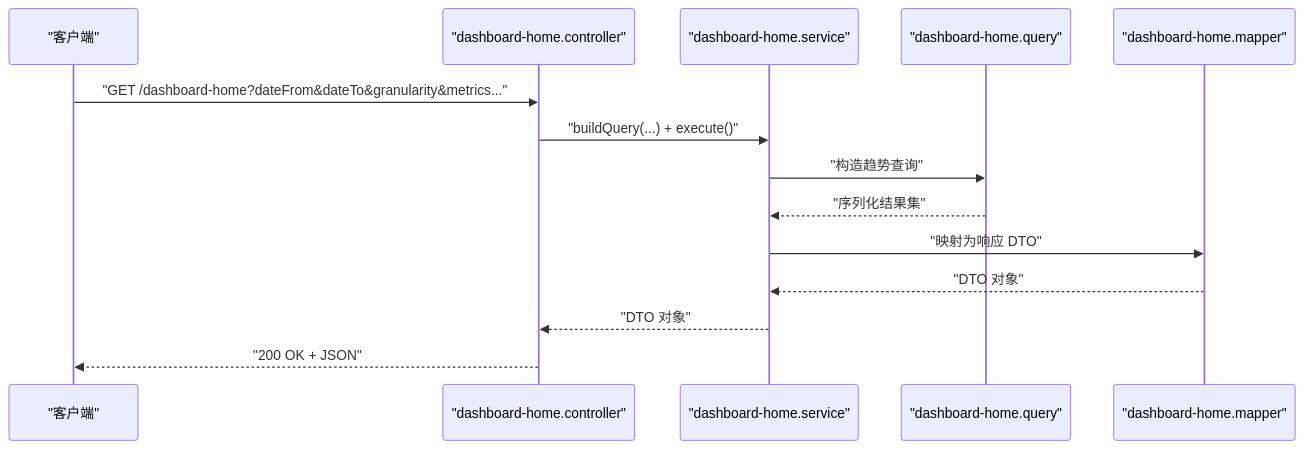
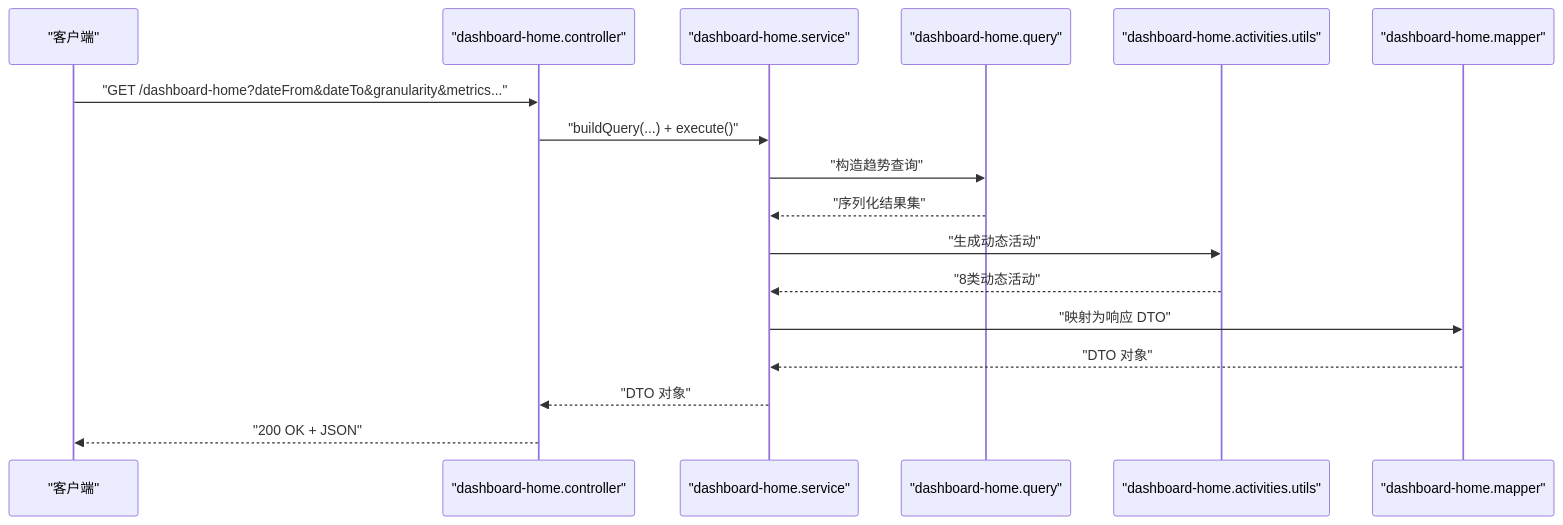
Before and after one commit to rc558620/purelyprofit-server: the fourth of 7 diagrams in .qoder/repowiki/zh/content/API 接口文档/仪表板分析接口.md, drawn with Mermaid. The commit also changed other lines of this file and 65 other files, not shown here.

````diff
--- a/.qoder/repowiki/zh/content/API 接口文档/仪表板分析接口.md
+++ b/.qoder/repowiki/zh/content/API 接口文档/仪表板分析接口.md
@@ -199,16 +220,19 @@
 ```mermaid
 sequenceDiagram
 participant Client as "客户端"
 participant Ctrl as "dashboard-home.controller"
 participant Svc as "dashboard-home.service"
 participant Q as "dashboard-home.query"
+participant Utils as "dashboard-home.activities.utils"
 participant Mapper as "dashboard-home.mapper"
 Client->>Ctrl : "GET /dashboard-home?dateFrom&dateTo&granularity&metrics..."
 Ctrl->>Svc : "buildQuery(...) + execute()"
 Svc->>Q : "构造趋势查询"
 Q-->>Svc : "序列化结果集"
+Svc->>Utils : "生成动态活动"
+Utils-->>Svc : "8类动态活动"
 Svc->>Mapper : "映射为响应 DTO"
 Mapper-->>Svc : "DTO 对象"
 Svc-->>Ctrl : "DTO 对象"
 Ctrl-->>Client : "200 OK + JSON"
 ```
````
